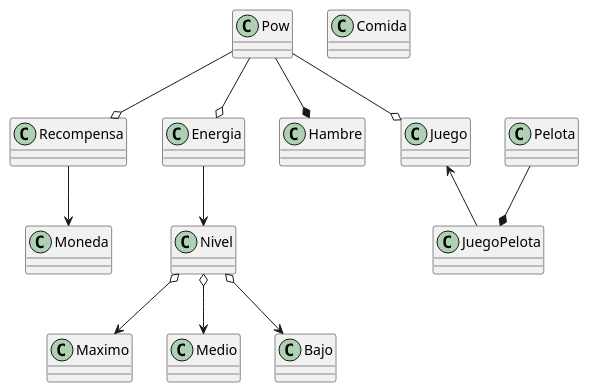
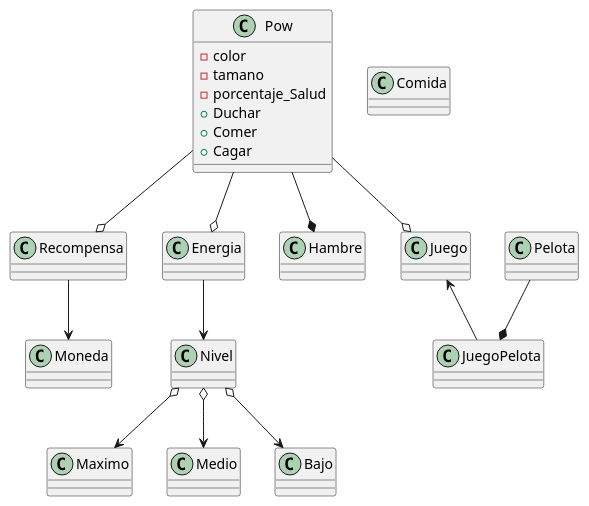
Before and after one commit to danielbrambila/Hola-mundo: the diagram in docs/pow.puml, drawn with PlantUML. The commit also changed 3 other files, not shown here.

```diff
--- a/docs/pow.puml
+++ b/docs/pow.puml
@@ -1,31 +1,39 @@
 @startuml Pow
 
 class Pow 
 class Juego
 class JuegoPelota
 class Pelota 
 class Comida 
 class Recompensa
 class Moneda 
 class Energia
 class Maximo
 class Medio 
 class Bajo
 class Hambre
 Class Nivel 
+Class Pow {
+    -color 
+    -tamano
+    -porcentaje_Salud
++ Duchar
++Comer 
++Cagar
+}
 Pow --o Juego
 Juego <-- JuegoPelota
 Pelota --* JuegoPelota
 
 Pow --o Energia
 Energia --> Nivel
 Nivel o--> Maximo 
 Nivel o--> Medio 
 Nivel o--> Bajo
 
 Pow --o Recompensa
 Recompensa --> Moneda
 
 Pow --* Hambre
 
 @enduml
```
